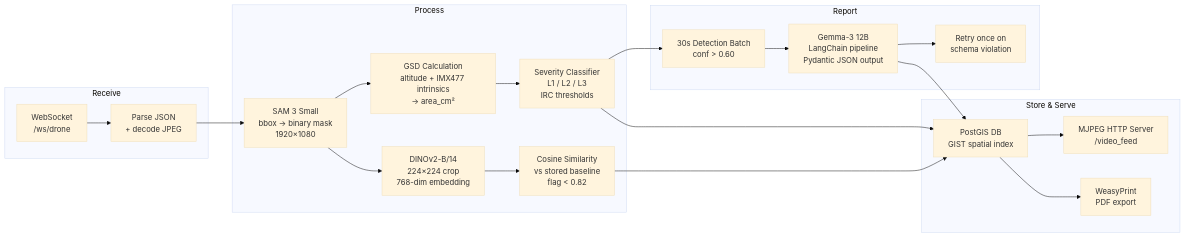
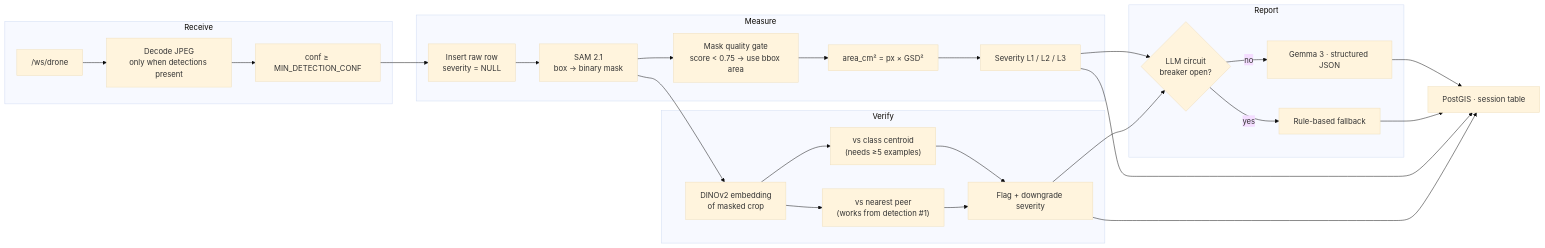
The third of 3 diagrams in README.md (Arvoxis/hawk-i), drawn with Mermaid (base theme) before and after one commit. The commit also changed other lines of this file and 2 other files, not shown here.

````diff
--- a/README.md
+++ b/README.md
@@ -149,36 +158,41 @@
 ```mermaid
 flowchart LR
     subgraph RECV["Receive"]
-        WS["WebSocket\n/ws/drone"]
-        PARSE["Parse JSON\n+ decode JPEG"]
+        WS["/ws/drone"]
+        DEC["Decode JPEG<br/>only when detections present"]
+        GATE["conf ≥ MIN_DETECTION_CONF"]
     end
 
-    subgraph PROC["Process"]
-        SAM["SAM 3 Small\nbbox → binary mask\n1920×1080"]
-        GSD["GSD Calculation\naltitude + IMX477 intrinsics\n→ area_cm²"]
-        SEV["Severity Classifier\nL1 / L2 / L3\nIRC thresholds"]
-        EMB["DINOv2-B/14\n224×224 crop\n768-dim embedding"]
-        COS["Cosine Similarity\nvs stored baseline\nflag < 0.82"]
+    subgraph MEASURE["Measure"]
+        ROW["Insert raw row<br/>severity = NULL"]
+        SAM["SAM 2.1<br/>box → binary mask"]
+        QUAL["Mask quality gate<br/>score < 0.75 → use bbox area"]
+        AREA["area_cm² = px × GSD²"]
+        SEV["Severity L1 / L2 / L3"]
+    end
+
+    subgraph VERIFY["Verify"]
+        EMB["DINOv2 embedding<br/>of masked crop"]
+        CENT["vs class centroid<br/>(needs ≥5 examples)"]
+        PEER["vs nearest peer<br/>(works from detection #1)"]
+        FLAG["Flag + downgrade severity"]
     end
 
     subgraph REPORT["Report"]
-        BATCH["30s Detection Batch\nconf > 0.60"]
-        LLM["Gemma-3 12B\nLangChain pipeline\nPydantic JSON output"]
-        RETRY["Retry once on\nschema violation"]
+        BREAK{"LLM circuit<br/>breaker open?"}
+        OLLAMA["Gemma 3 · structured JSON"]
+        RULE["Rule-based fallback"]
     end
 
-    subgraph STORE["Store & Serve"]
-        DB["PostGIS DB\nGIST spatial index"]
-        MJPEG["MJPEG HTTP Server\n/video_feed"]
-        PDF["WeasyPrint\nPDF export"]
-    end
+    DB["PostGIS · session table"]
 
-    WS --> PARSE --> SAM --> GSD --> SEV
-    SAM --> EMB --> COS
-    SEV --> BATCH --> LLM --> RETRY
+    WS --> DEC --> GATE --> ROW --> SAM --> QUAL --> AREA --> SEV
+    SAM --> EMB --> CENT --> FLAG
+    EMB --> PEER --> FLAG
+    SEV --> BREAK
+    FLAG --> BREAK
+    BREAK -- no --> OLLAMA --> DB
+    BREAK -- yes --> RULE --> DB
     SEV --> DB
-    COS --> DB
-    LLM --> DB
-    DB --> MJPEG
-    DB --> PDF
+    FLAG --> DB
 ```
````
